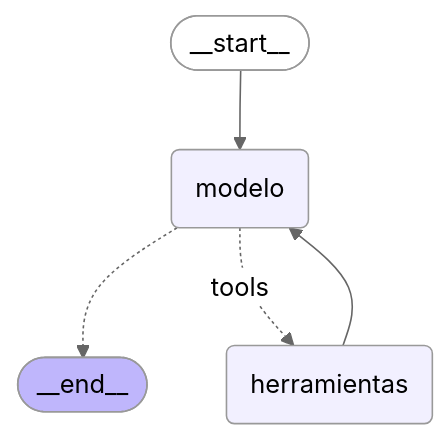
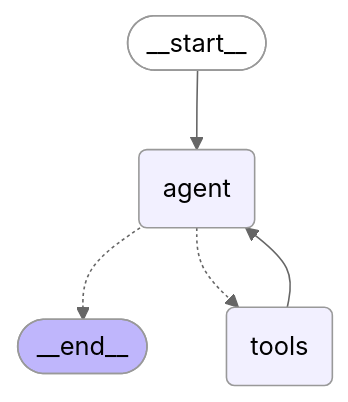
One commit to AppArtCL/ai_eng_m5 changed the diagram in README.md. Above: the diagram before and after it, drawn with Mermaid (neutral theme). The commit also changed other lines of this file and 7 other files, not shown here.

````diff
--- a/README.md
+++ b/README.md
@@ -35,14 +62,14 @@
 ```mermaid
 graph TD;
 	__start__([__start__]):::first
-	modelo(modelo)
-	herramientas(herramientas)
+	agent(agent)
+	tools(tools)
 	__end__([__end__]):::last
-	__start__ --> modelo;
-	herramientas --> modelo;
-	modelo -.-> __end__;
-	modelo -. &nbsp;tools&nbsp; .-> herramientas;
+	__start__ --> agent;
+	agent -.-> __end__;
+	agent -.-> tools;
+	tools --> agent;
 	classDef default fill:#f2f0ff,line-height:1.2
 	classDef first fill-opacity:0
 	classDef last fill:#bfb6fc
 ```
````
